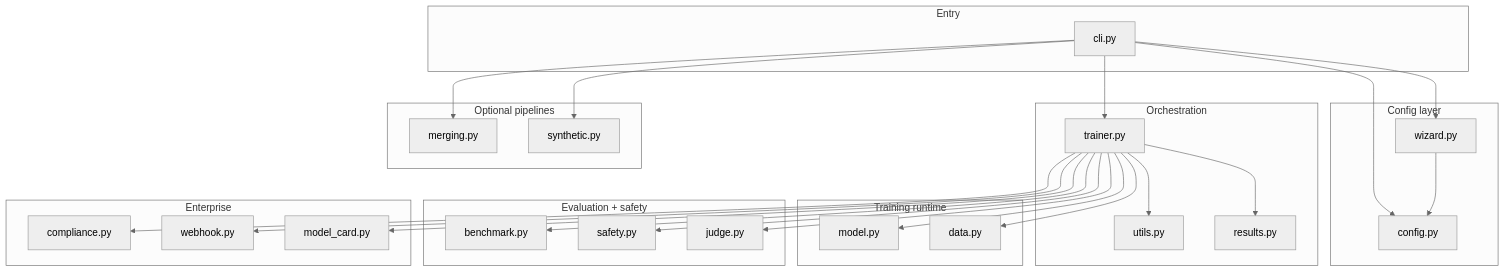
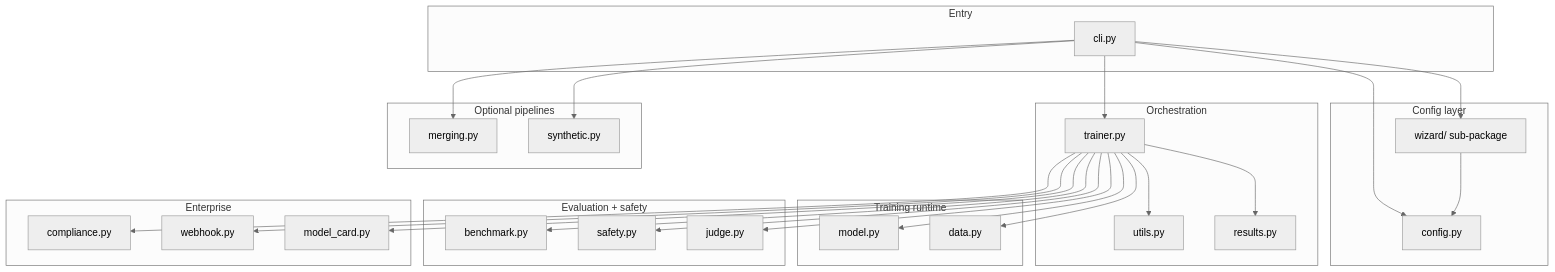
Before and after one commit to cemililik/ForgeLM: the diagram in docs/standards/architecture.md, drawn with Mermaid (neutral theme). The commit also changed other lines of this file and 21 other files, not shown here.

````diff
--- a/docs/standards/architecture.md
+++ b/docs/standards/architecture.md
@@ -14,56 +14,56 @@
 ```mermaid
 graph TB
     subgraph Entry["Entry"]
         CLI[cli.py]
     end
 
     subgraph Config["Config layer"]
         CONFIG[config.py]
-        WIZARD[wizard.py]
+        WIZARD[wizard/ sub-package]
     end
 
     subgraph Orch["Orchestration"]
         TRAINER[trainer.py]
         UTILS[utils.py]
         RESULTS[results.py]
     end
 
     subgraph Runtime["Training runtime"]
         MODEL[model.py]
         DATA[data.py]
     end
 
     subgraph Quality["Evaluation + safety"]
         BENCH[benchmark.py]
         SAFETY[safety.py]
         JUDGE[judge.py]
     end
 
     subgraph Enterprise["Enterprise"]
         COMPLIANCE[compliance.py]
         WEBHOOK[webhook.py]
         CARD[model_card.py]
     end
 
     subgraph Extras["Optional pipelines"]
         MERGE[merging.py]
         SYNTH[synthetic.py]
     end
 
     CLI --> CONFIG
     CLI --> WIZARD
     CLI --> TRAINER
     WIZARD --> CONFIG
     TRAINER --> MODEL
     TRAINER --> DATA
     TRAINER --> BENCH
     TRAINER --> SAFETY
     TRAINER --> JUDGE
     TRAINER --> COMPLIANCE
     TRAINER --> WEBHOOK
     TRAINER --> CARD
     TRAINER --> UTILS
     TRAINER --> RESULTS
     CLI --> MERGE
     CLI --> SYNTH
 ```
````
